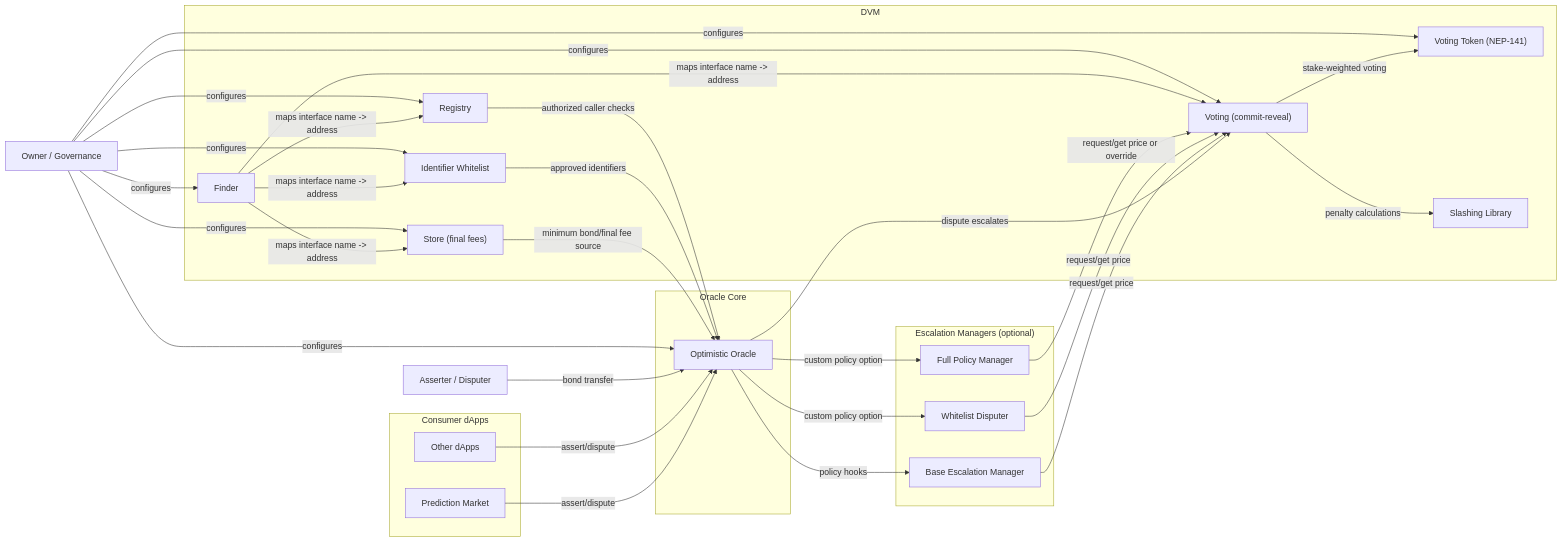
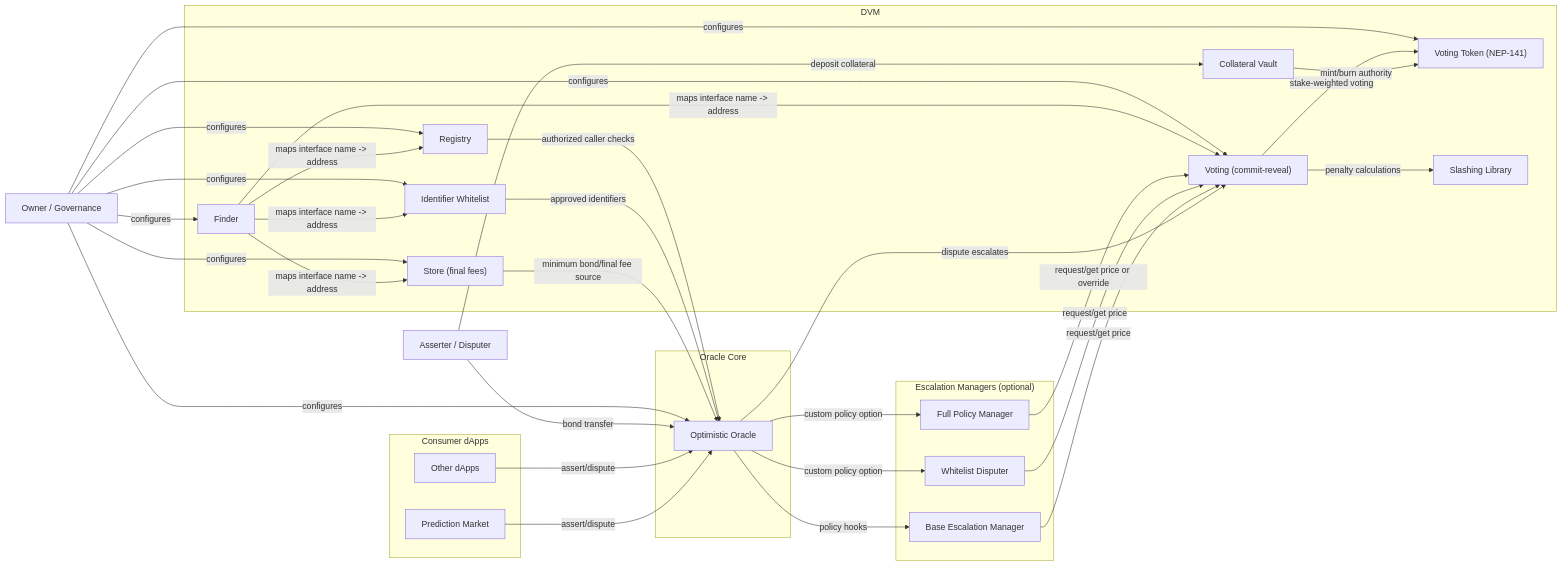
The first of 2 diagrams in README.md (Nest-on-near/nest-contracts), drawn with Mermaid before and after one commit. The commit also changed other lines of this file and 19 other files, not shown here.

First line of the commit message:
feat(vault): introduce collateral-backed NEST vault and harden voting-token routing

````diff
--- a/README.md
+++ b/README.md
@@ -7,63 +7,66 @@
 ```mermaid
 flowchart LR
     subgraph APP["Consumer dApps"]
         PM["Prediction Market"]
         DAPP["Other dApps"]
     end
 
     subgraph CORE["Oracle Core"]
         OO["Optimistic Oracle"]
     end
 
     subgraph ESC["Escalation Managers (optional)"]
         EMB["Base Escalation Manager"]
         EMW["Whitelist Disputer"]
         EMF["Full Policy Manager"]
     end
 
     subgraph DVM["DVM"]
         VOT["Voting (commit-reveal)"]
         VT["Voting Token (NEP-141)"]
+        VAULT["Collateral Vault"]
         SLASH["Slashing Library"]
         FIND["Finder"]
         STORE["Store (final fees)"]
         REG["Registry"]
         IDWL["Identifier Whitelist"]
     end
 
     OWNER["Owner / Governance"]
     ASSERT["Asserter / Disputer"]
 
     PM -->|assert/dispute| OO
     DAPP -->|assert/dispute| OO
     ASSERT -->|bond transfer| OO
 
     OO -->|dispute escalates| VOT
     OO -->|policy hooks| EMB
     OO -->|custom policy option| EMW
     OO -->|custom policy option| EMF
 
     EMB -->|request/get price| VOT
     EMW -->|request/get price| VOT
     EMF -->|request/get price or override| VOT
 
+    VAULT -->|mint/burn authority| VT
+    ASSERT -->|deposit collateral| VAULT
     VOT -->|stake-weighted voting| VT
     VOT -->|penalty calculations| SLASH
 
     FIND -->|maps interface name -> address| VOT
     FIND -->|maps interface name -> address| STORE
     FIND -->|maps interface name -> address| REG
     FIND -->|maps interface name -> address| IDWL
 
     STORE -->|minimum bond/final fee source| OO
     IDWL -->|approved identifiers| OO
     REG -->|authorized caller checks| OO
 
     OWNER -->|configures| OO
     OWNER -->|configures| FIND
     OWNER -->|configures| STORE
     OWNER -->|configures| REG
     OWNER -->|configures| IDWL
     OWNER -->|configures| VT
     OWNER -->|configures| VOT
 ```
````
